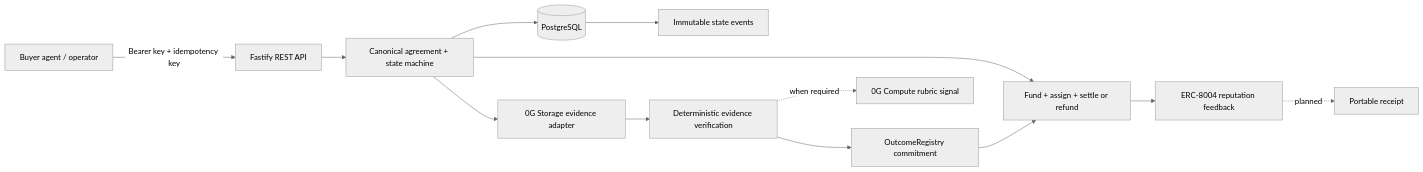
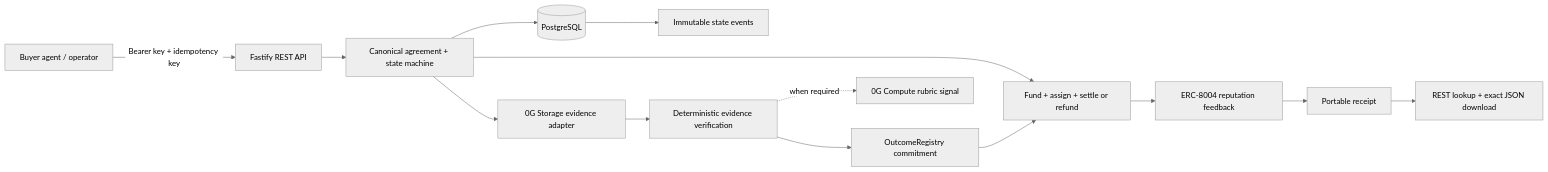
Before and after one commit to anikeaty08/AgentClear: the diagram in README.md, drawn with Mermaid (neutral theme). The commit also changed other lines of this file and 29 other files, not shown here.

````diff
--- a/README.md
+++ b/README.md
@@ -7,15 +7,16 @@
 ```mermaid
 flowchart LR
   Client[Buyer agent / operator] -->|Bearer key + idempotency key| API[Fastify REST API]
   API --> Domain[Canonical agreement + state machine]
   Domain --> DB[(PostgreSQL)]
   DB --> Events[Immutable state events]
   Domain --> Chain[Fund + assign + settle or refund]
   Domain --> Storage[0G Storage evidence adapter]
   Storage --> Verify[Deterministic evidence verification]
   Verify -. when required .-> Compute[0G Compute rubric signal]
   Verify --> Outcome[OutcomeRegistry commitment]
   Outcome --> Chain
   Chain --> Reputation[ERC-8004 reputation feedback]
-  Reputation -. planned .-> Receipt[Portable receipt]
+  Reputation --> Receipt[Portable receipt]
+  Receipt --> REST[REST lookup + exact JSON download]
 ```
````
